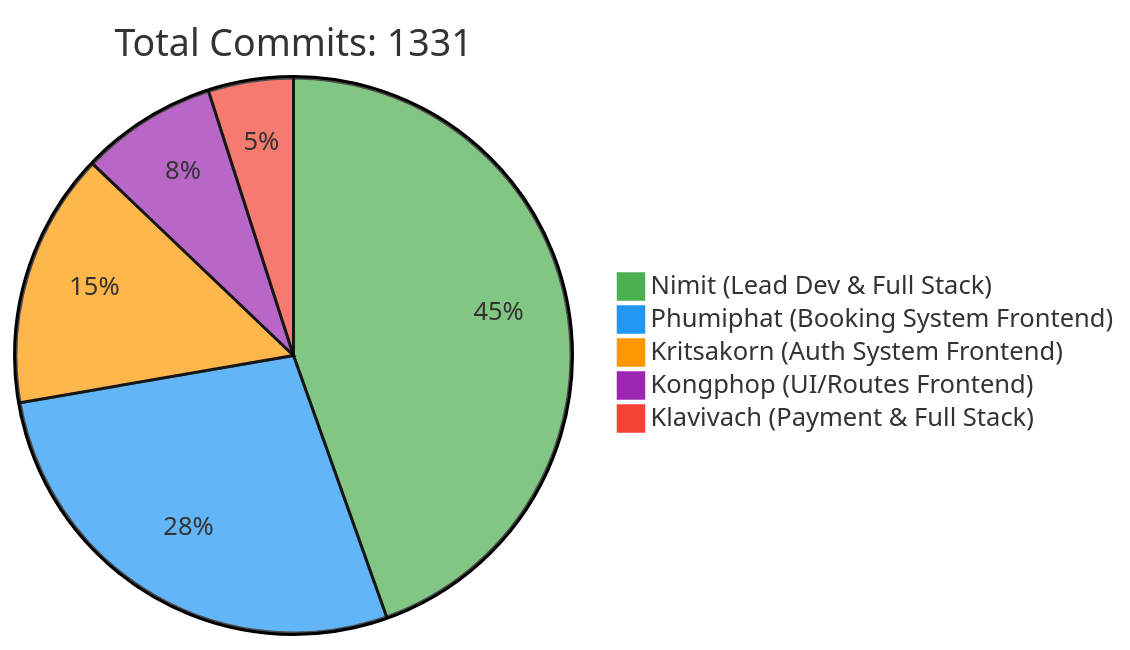
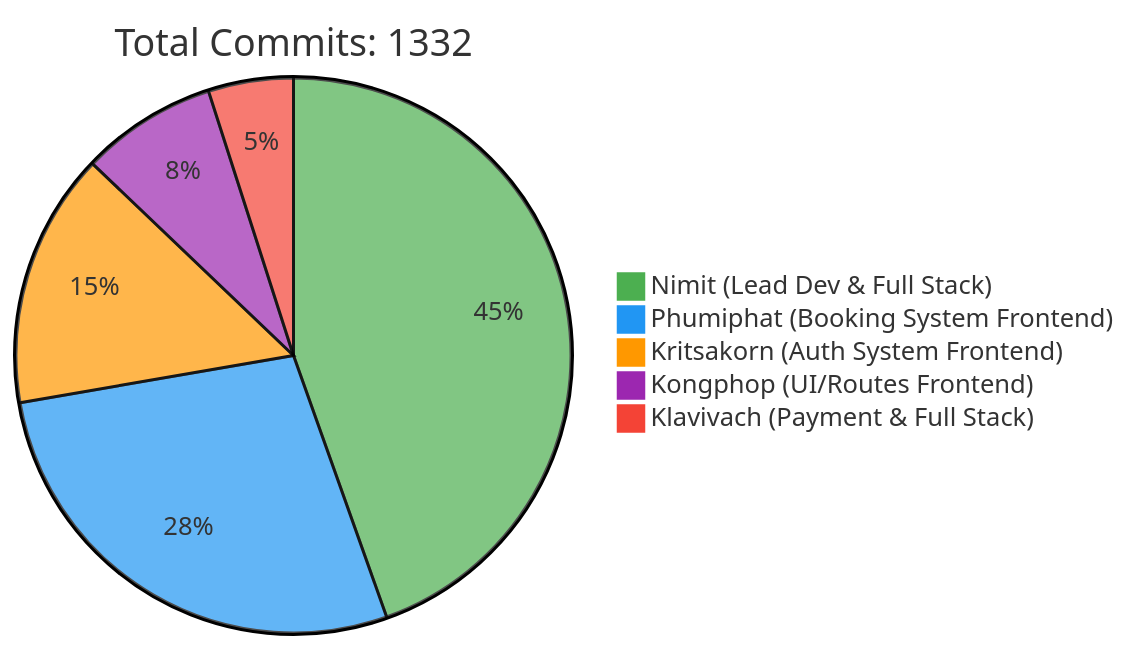
One commit to 6531503042/Sport-Complex changed the first of 2 diagrams in README.md. Above: the diagram before and after it, drawn with Mermaid. The commit also changed other lines of this file, not shown here.

Commit message:
docs: Update contributor statistics [skip ci]

````diff
--- a/README.md
+++ b/README.md
@@ -257,10 +257,10 @@
 ```mermaid
 %%{init: {'theme': 'base', 'themeVariables': { 'pie1': '#4CAF50', 'pie2': '#2196F3', 'pie3': '#FF9800', 'pie4': '#9C27B0', 'pie5': '#F44336'}}}%%
 pie
-    title Total Commits: 1331
+    title Total Commits: 1332
     "Nimit (Lead Dev & Full Stack)" : 450
     "Phumiphat (Booking System Frontend)" : 280
     "Kritsakorn (Auth System Frontend)" : 150
     "Kongphop (UI/Routes Frontend)" : 80
     "Klavivach (Payment & Full Stack)" : 50
 ```
````
